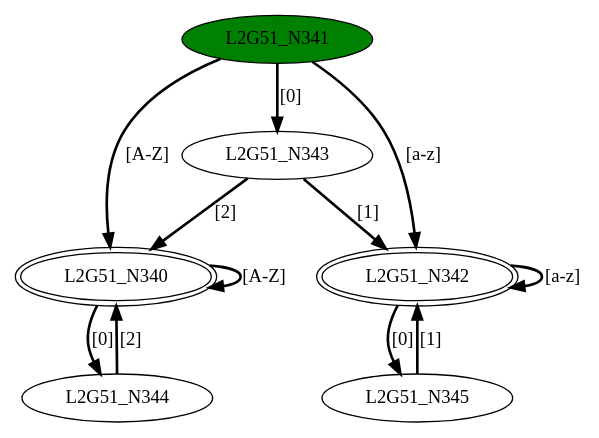
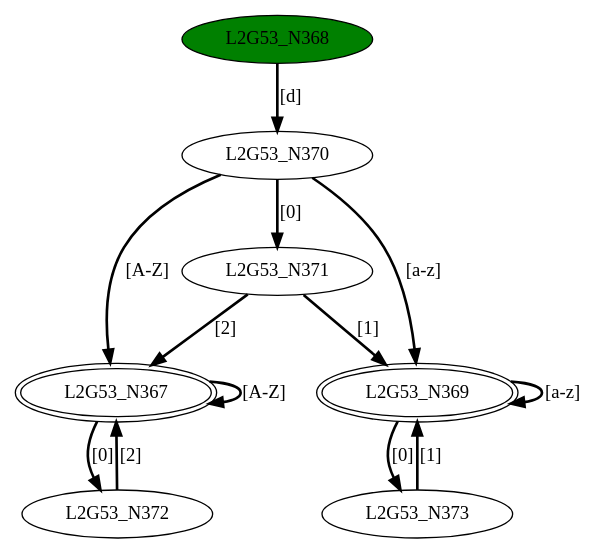
Before and after one commit to GDimitroulakos/EDUFLEX: the diagram in DFASimulator/Testbench/minimizedDFA2.dot, drawn with Graphviz. The commit also changed 52 other files, not shown here.

Commit message:
Identify loops in the thompson algorithm generated NFA and expose it via coloring in the graphviz NFA graph

```diff
--- a/DFASimulator/Testbench/minimizedDFA2.dot
+++ b/DFASimulator/Testbench/minimizedDFA2.dot
@@ -1,19 +1,21 @@
-digraph G51{
-"L2G51_N340" [peripheries=2];
-"L2G51_N341" [style=filled,fillcolor=green];
-"L2G51_N342" [peripheries=2];
-"L2G51_N343";
-"L2G51_N344";
-"L2G51_N345";
-"L2G51_N340"->"L2G51_N340" [style = bold, label = "[A-Z]"];
-"L2G51_N340"->"L2G51_N344" [style = bold, label = "[0]"];
-"L2G51_N341"->"L2G51_N340" [style = bold, label = "[A-Z]"];
-"L2G51_N341"->"L2G51_N342" [style = bold, label = "[a-z]"];
-"L2G51_N341"->"L2G51_N343" [style = bold, label = "[0]"];
-"L2G51_N342"->"L2G51_N342" [style = bold, label = "[a-z]"];
-"L2G51_N342"->"L2G51_N345" [style = bold, label = "[0]"];
-"L2G51_N343"->"L2G51_N340" [style = bold, label = "[2]"];
-"L2G51_N343"->"L2G51_N342" [style = bold, label = "[1]"];
-"L2G51_N344"->"L2G51_N340" [style = bold, label = "[2]"];
-"L2G51_N345"->"L2G51_N342" [style = bold, label = "[1]"];
+digraph G53{
+"L2G53_N367" [peripheries=2];
+"L2G53_N368" [style=filled,fillcolor=green];
+"L2G53_N369" [peripheries=2];
+"L2G53_N370";
+"L2G53_N371";
+"L2G53_N372";
+"L2G53_N373";
+"L2G53_N367"->"L2G53_N367" [style = bold, label = "[A-Z]"];
+"L2G53_N367"->"L2G53_N372" [style = bold, label = "[0]"];
+"L2G53_N368"->"L2G53_N370" [style = bold, label = "[d]"];
+"L2G53_N369"->"L2G53_N369" [style = bold, label = "[a-z]"];
+"L2G53_N369"->"L2G53_N373" [style = bold, label = "[0]"];
+"L2G53_N370"->"L2G53_N367" [style = bold, label = "[A-Z]"];
+"L2G53_N370"->"L2G53_N369" [style = bold, label = "[a-z]"];
+"L2G53_N370"->"L2G53_N371" [style = bold, label = "[0]"];
+"L2G53_N371"->"L2G53_N367" [style = bold, label = "[2]"];
+"L2G53_N371"->"L2G53_N369" [style = bold, label = "[1]"];
+"L2G53_N372"->"L2G53_N367" [style = bold, label = "[2]"];
+"L2G53_N373"->"L2G53_N369" [style = bold, label = "[1]"];
 }
```
